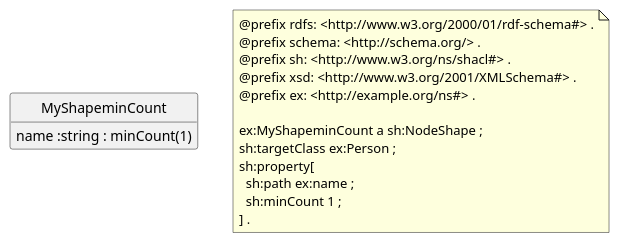
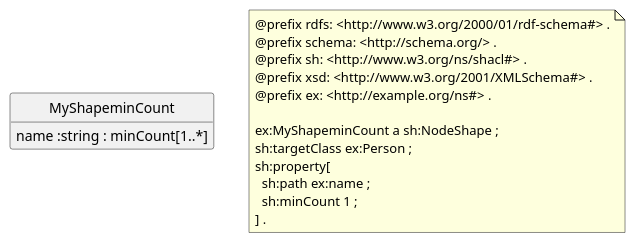
The diagram in shacl-diagram/src/specs/06-minCount/expected.iuml (sparna-git/shacl-play), drawn with PlantUML before and after one commit. The commit also changed 92 other files, not shown here.

```diff
--- a/shacl-diagram/src/specs/06-minCount/expected.iuml
+++ b/shacl-diagram/src/specs/06-minCount/expected.iuml
@@ -1,22 +1,22 @@
 @startuml
 class "MyShapeminCount" 
-"MyShapeminCount" : name :string : minCount(1)
+"MyShapeminCount" : name :string : minCount[1..*]
 
 note as N1
 @prefix rdfs: <http://www.w3.org/2000/01/rdf-schema#> .
 @prefix schema: <http://schema.org/> .
 @prefix sh: <http://www.w3.org/ns/shacl#> .
 @prefix xsd: <http://www.w3.org/2001/XMLSchema#> .
 @prefix ex: <http://example.org/ns#> .
 
 ex:MyShapeminCount a sh:NodeShape ;
 sh:targetClass ex:Person ;
 sh:property[
   sh:path ex:name ;
   sh:minCount 1 ;
 ] .
 end note
 
 hide circle
 hide empty members
 @enduml
```
